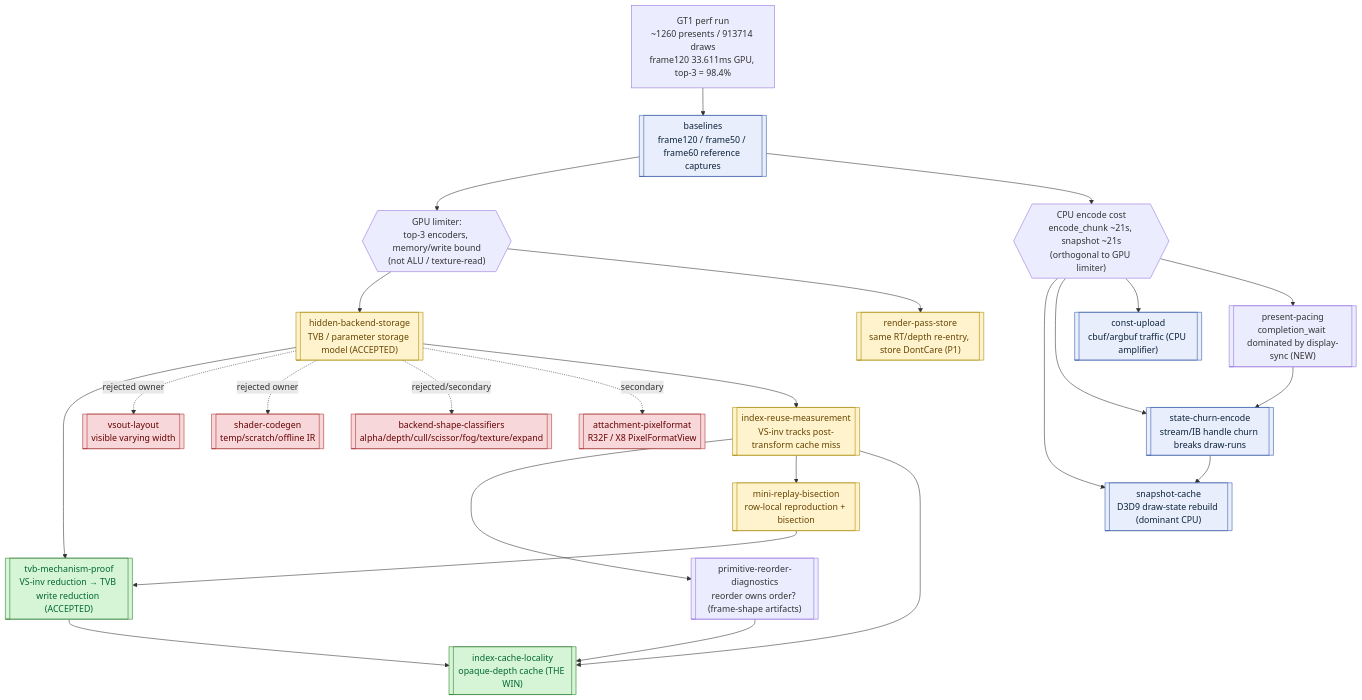
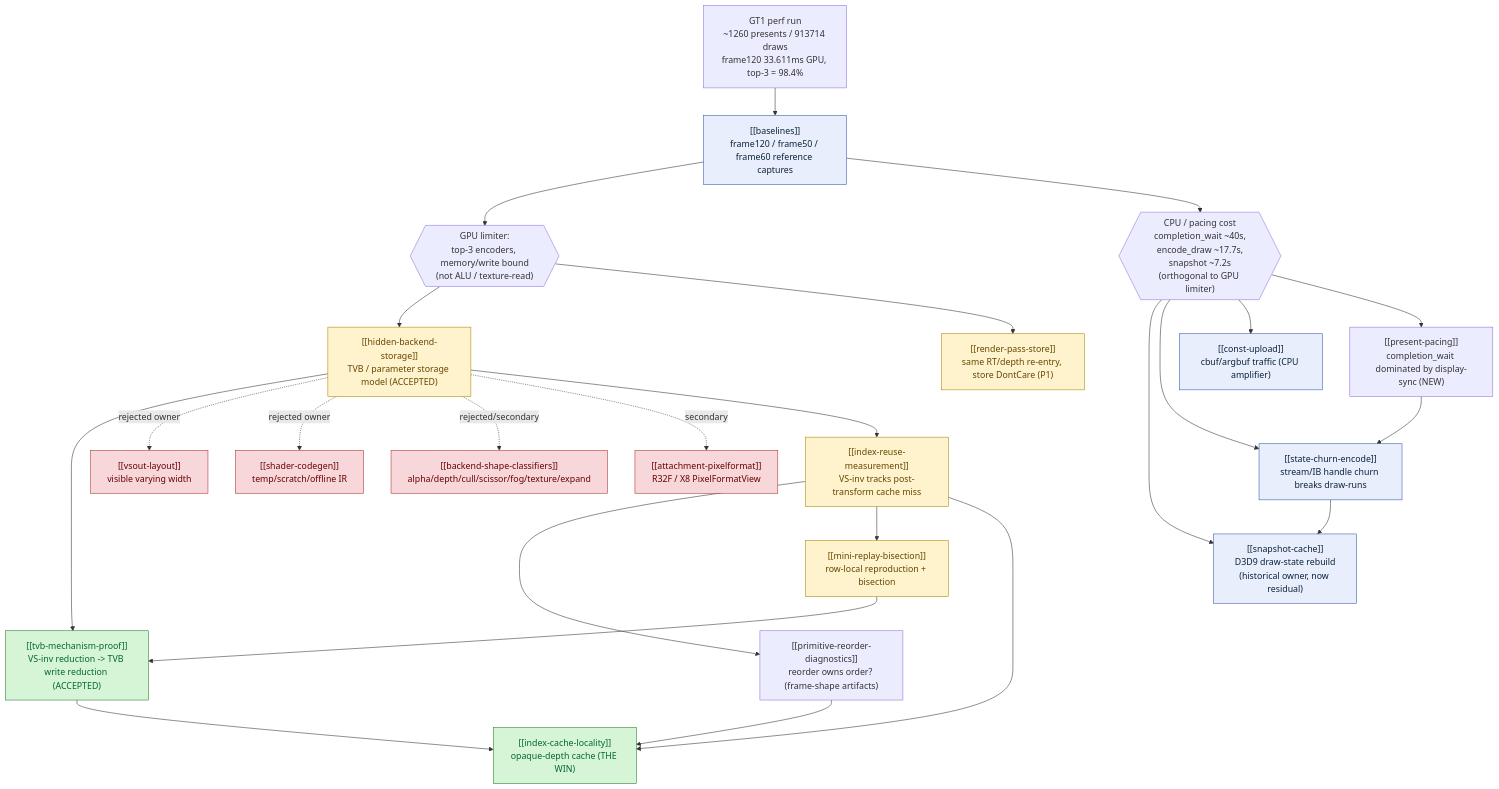
Before and after one commit to dfdgsdfg/dxmt9: the first of 3 diagrams in docs/perfomance/overview-3dmark05-gt1.md, drawn with Mermaid. The commit also changed other lines of this file and 92 other files, not shown here.

````diff
--- a/docs/perfomance/overview-3dmark05-gt1.md
+++ b/docs/perfomance/overview-3dmark05-gt1.md
@@ -44,47 +54,47 @@
 ```mermaid
 flowchart TD
   Root["GT1 perf run\n~1260 presents / 913714 draws\nframe120 33.611ms GPU, top-3 = 98.4%"]
 
-  Root --> Base[["baselines\nframe120 / frame50 / frame60 reference captures"]]
+  Root --> Base["[[baselines]]<br/>frame120 / frame50 / frame60 reference captures"]
 
   %% GPU side
   Base --> GPU{{"GPU limiter:\ntop-3 encoders, memory/write bound\n(not ALU / texture-read)"}}
-  GPU --> HBS[["hidden-backend-storage\nTVB / parameter storage model (ACCEPTED)"]]
-  HBS --> TVB[["tvb-mechanism-proof\nVS-inv reduction → TVB write reduction (ACCEPTED)"]]
+  GPU --> HBS["[[hidden-backend-storage]]<br/>TVB / parameter storage model (ACCEPTED)"]
+  HBS --> TVB["[[tvb-mechanism-proof]]<br/>VS-inv reduction -> TVB write reduction (ACCEPTED)"]
 
   %% rejected GPU ownership hunts
-  HBS -.rejected owner.-> VSO[["vsout-layout\nvisible varying width"]]
-  HBS -.rejected owner.-> SCG[["shader-codegen\ntemp/scratch/offline IR"]]
-  HBS -.rejected/secondary.-> BSC[["backend-shape-classifiers\nalpha/depth/cull/scissor/fog/texture/expand"]]
-  HBS -.secondary.-> APF[["attachment-pixelformat\nR32F / X8 PixelFormatView"]]
+  HBS -.rejected owner.-> VSO["[[vsout-layout]]<br/>visible varying width"]
+  HBS -.rejected owner.-> SCG["[[shader-codegen]]<br/>temp/scratch/offline IR"]
+  HBS -.rejected/secondary.-> BSC["[[backend-shape-classifiers]]<br/>alpha/depth/cull/scissor/fog/texture/expand"]
+  HBS -.secondary.-> APF["[[attachment-pixelformat]]<br/>R32F / X8 PixelFormatView"]
 
   %% measurement → reorder → the win
-  HBS --> IRM[["index-reuse-measurement\nVS-inv tracks post-transform cache miss"]]
-  IRM --> PRD[["primitive-reorder-diagnostics\nreorder owns order? (frame-shape artifacts)"]]
-  IRM --> MRB[["mini-replay-bisection\nrow-local reproduction + bisection"]]
+  HBS --> IRM["[[index-reuse-measurement]]<br/>VS-inv tracks post-transform cache miss"]
+  IRM --> PRD["[[primitive-reorder-diagnostics]]<br/>reorder owns order? (frame-shape artifacts)"]
+  IRM --> MRB["[[mini-replay-bisection]]<br/>row-local reproduction + bisection"]
   MRB --> TVB
-  PRD --> ICL[["index-cache-locality\nopaque-depth cache (THE WIN)"]]
+  PRD --> ICL["[[index-cache-locality]]<br/>opaque-depth cache (THE WIN)"]
   TVB --> ICL
   IRM --> ICL
 
   %% P1 GPU memory
-  GPU --> RPS[["render-pass-store\nsame RT/depth re-entry, store DontCare (P1)"]]
+  GPU --> RPS["[[render-pass-store]]<br/>same RT/depth re-entry, store DontCare (P1)"]
 
   %% CPU side
-  Base --> CPU{{"CPU encode cost\nencode_chunk ~21s, snapshot ~21s\n(orthogonal to GPU limiter)"}}
-  CPU --> SNAP[["snapshot-cache\nD3D9 draw-state rebuild (dominant CPU)"]]
-  CPU --> SCE[["state-churn-encode\nstream/IB handle churn breaks draw-runs"]]
-  CPU --> CU[["const-upload\ncbuf/argbuf traffic (CPU amplifier)"]]
-  CPU --> PP[["present-pacing\ncompletion_wait dominated by display-sync (NEW)"]]
+  Base --> CPU{{"CPU / pacing cost\ncompletion_wait ~40s,\nencode_draw ~17.7s,\nsnapshot ~7.2s\n(orthogonal to GPU limiter)"}}
+  CPU --> SNAP["[[snapshot-cache]]<br/>D3D9 draw-state rebuild\n(historical owner, now residual)"]
+  CPU --> SCE["[[state-churn-encode]]<br/>stream/IB handle churn breaks draw-runs"]
+  CPU --> CU["[[const-upload]]<br/>cbuf/argbuf traffic (CPU amplifier)"]
+  CPU --> PP["[[present-pacing]]<br/>completion_wait dominated by display-sync (NEW)"]
   SCE --> SNAP
   PP --> SCE
 
   classDef win fill:#d6f5d6,stroke:#2b7a2b,color:#063
   classDef open fill:#fff3cd,stroke:#a80,color:#640
   classDef rej fill:#f8d7da,stroke:#a33,color:#600
   classDef base fill:#e8eefc,stroke:#3559a8,color:#0b2239
   class TVB,ICL win
   class HBS,IRM,MRB,RPS open
   class VSO,SCG,BSC,APF rej
   class Base,SNAP,SCE,CU base
 ```
````
